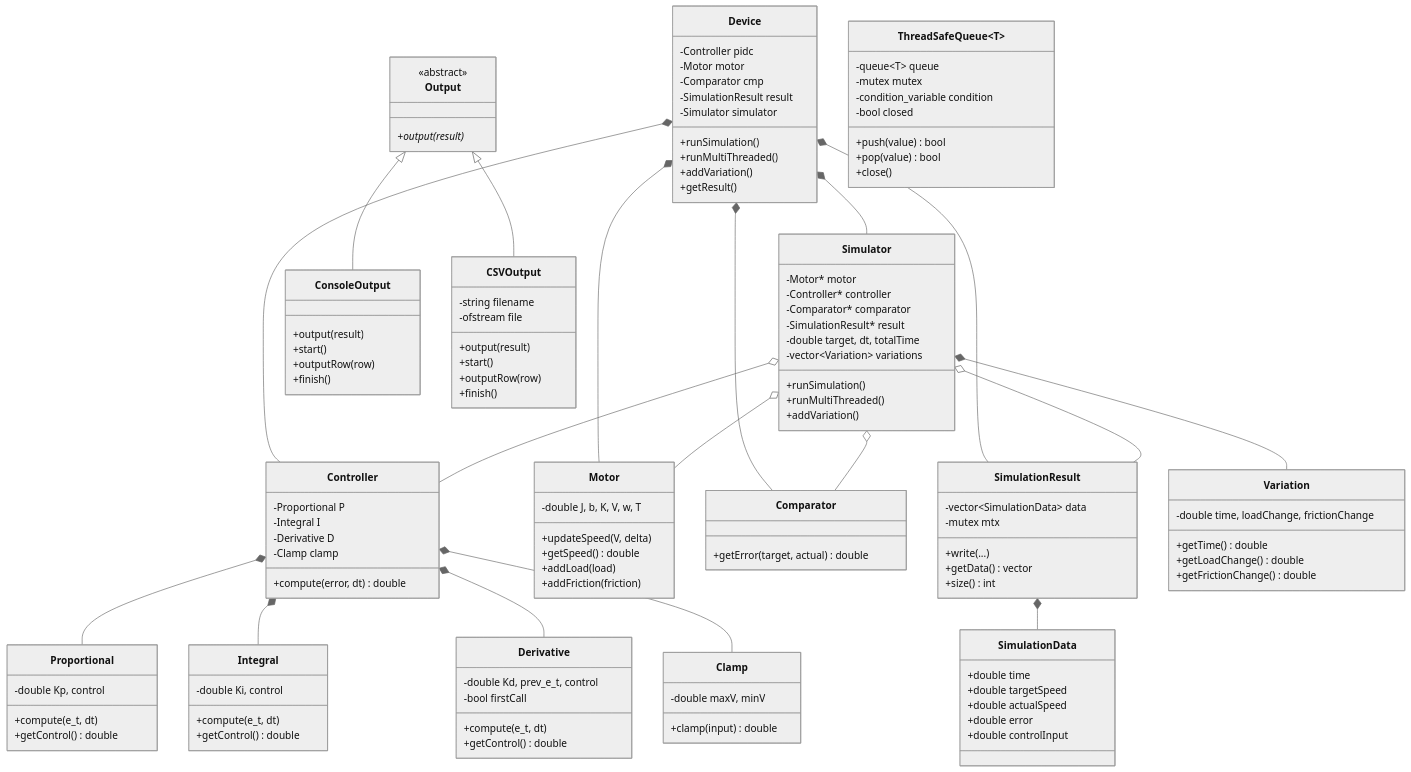
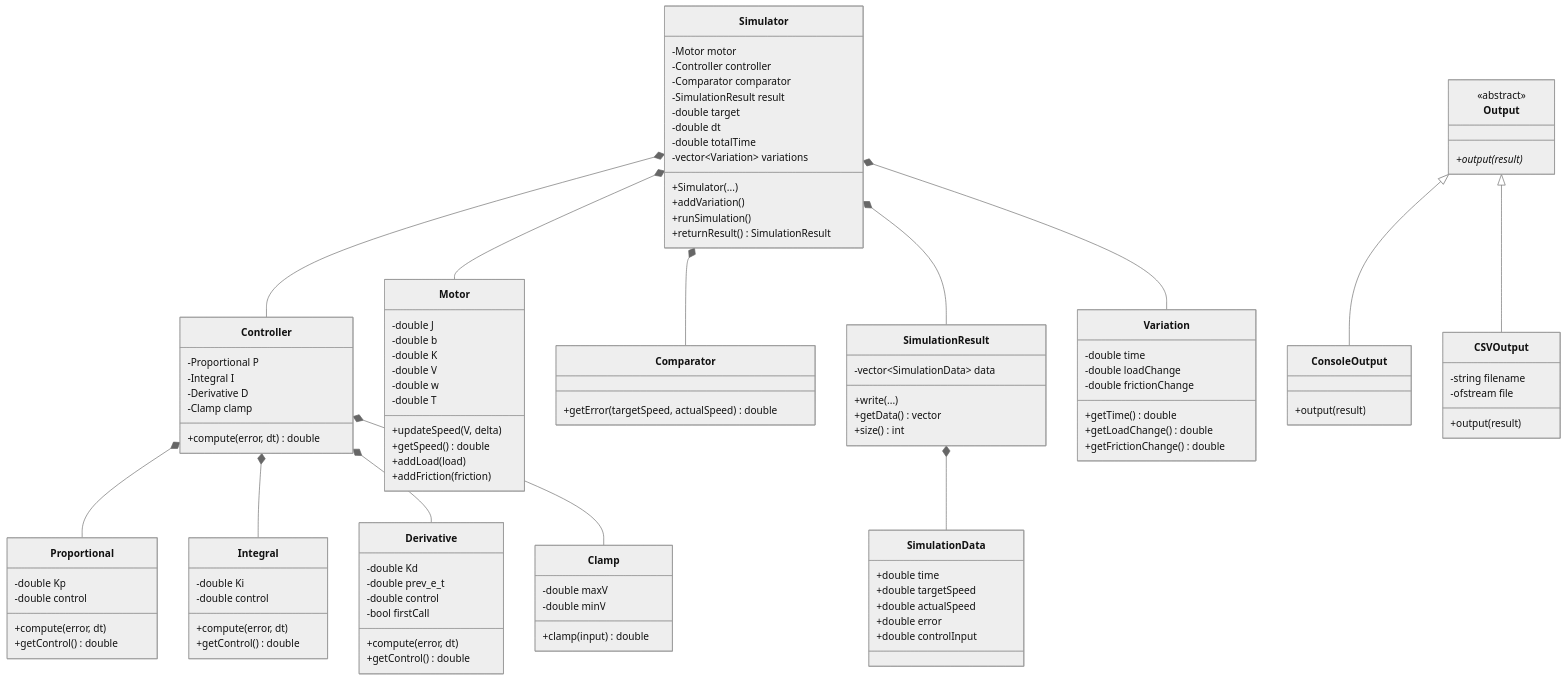
Before and after one commit to krtin-singhvi/ClosedLoop-Motor-Sim: the first of 2 diagrams in DOCUMENTATION.md, drawn with Mermaid (neutral theme). The commit also changed other lines of this file and 19 other files, not shown here.

Commit message:
removed multithreading and simplified /simulation by merging device with simulator

````diff
--- a/DOCUMENTATION.md
+++ b/DOCUMENTATION.md
@@ -48,27 +35,18 @@
 ```mermaid
 classDiagram
-    class Device {
-        -Controller pidc
+    class Simulator {
         -Motor motor
-        -Comparator cmp
+        -Controller controller
+        -Comparator comparator
         -SimulationResult result
-        -Simulator simulator
+        -double target
+        -double dt
+        -double totalTime
+        -vector~Variation~ variations
+        +Simulator(...)
+        +addVariation()
         +runSimulation()
-        +runMultiThreaded()
-        +addVariation()
-        +getResult()
-    }
-
-    class Simulator {
-        -Motor* motor
-        -Controller* controller
-        -Comparator* comparator
-        -SimulationResult* result
-        -double target, dt, totalTime
-        -vector~Variation~ variations
-        +runSimulation()
-        +runMultiThreaded()
-        +addVariation()
+        +returnResult() SimulationResult
     }
 
     class Controller {
@@ -80,7 +58,12 @@
     }
 
     class Motor {
-        -double J, b, K, V, w, T
+        -double J
+        -double b
+        -double K
+        -double V
+        -double w
+        -double T
         +updateSpeed(V, delta)
         +getSpeed() double
         +addLoad(load)
@@ -88,36 +71,40 @@
     }
 
     class Comparator {
-        +getError(target, actual) double
+        +getError(targetSpeed, actualSpeed) double
     }
 
     class Clamp {
-        -double maxV, minV
+        -double maxV
+        -double minV
         +clamp(input) double
     }
 
     class Proportional {
-        -double Kp, control
-        +compute(e_t, dt)
+        -double Kp
+        -double control
+        +compute(error, dt)
         +getControl() double
     }
 
     class Integral {
-        -double Ki, control
-        +compute(e_t, dt)
+        -double Ki
+        -double control
+        +compute(error, dt)
         +getControl() double
     }
 
     class Derivative {
-        -double Kd, prev_e_t, control
+        -double Kd
+        -double prev_e_t
+        -double control
         -bool firstCall
-        +compute(e_t, dt)
+        +compute(error, dt)
         +getControl() double
     }
 
     class SimulationResult {
         -vector~SimulationData~ data
-        -mutex mtx
         +write(...)
         +getData() vector
         +size() int
@@ -132,7 +119,9 @@
     }
 
     class Variation {
-        -double time, loadChange, frictionChange
+        -double time
+        -double loadChange
+        -double frictionChange
         +getTime() double
         +getLoadChange() double
         +getFrictionChange() double
@@ -145,39 +134,18 @@
 
     class ConsoleOutput {
         +output(result)
-        +start()
-        +outputRow(row)
-        +finish()
     }
 
     class CSVOutput {
         -string filename
         -ofstream file
         +output(result)
-        +start()
-        +outputRow(row)
-        +finish()
     }
 
-    class ThreadSafeQueue~T~ {
-        -queue~T~ queue
-        -mutex mutex
-        -condition_variable condition
-        -bool closed
-        +push(value) bool
-        +pop(value) bool
-        +close()
-    }
-
-    Device *-- Simulator
-    Device *-- Controller
-    Device *-- Motor
-    Device *-- Comparator
-    Device *-- SimulationResult
-    Simulator o-- Motor
-    Simulator o-- Controller
-    Simulator o-- Comparator
-    Simulator o-- SimulationResult
+    Simulator *-- Motor
+    Simulator *-- Controller
+    Simulator *-- Comparator
+    Simulator *-- SimulationResult
     Simulator *-- Variation
     Controller *-- Proportional
     Controller *-- Integral
````
